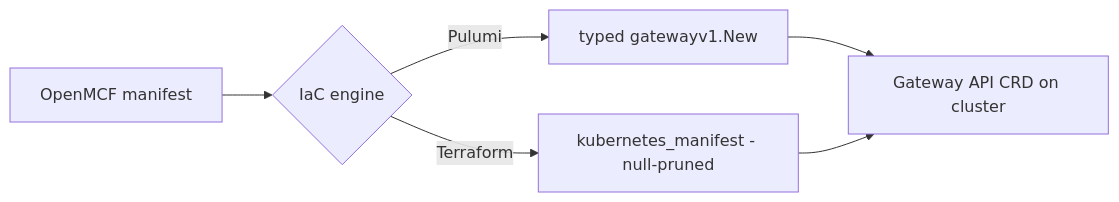
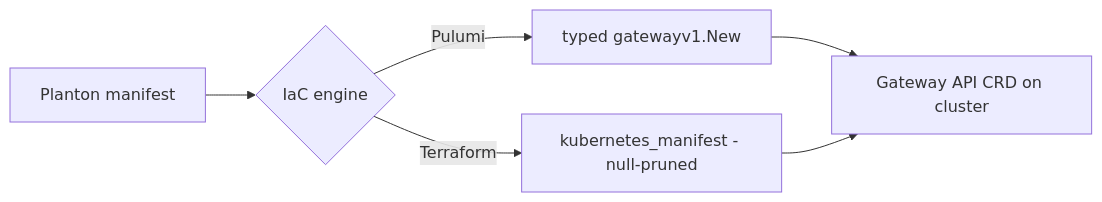
The second of 3 diagrams in _changelog/2026-05/2026-05-30-161959-gateway-api-deployment-components.md (plantonhq/planton), drawn with Mermaid before and after one commit. The commit also changed other lines of this file and 26098 other files, not shown here.

First line of the commit message:
refactor(repo): rebrand OpenMCF to Planton (module, protos, CLI, domain) (#449)

````diff
--- a/_changelog/2026-05/2026-05-30-161959-gateway-api-deployment-components.md
+++ b/_changelog/2026-05/2026-05-30-161959-gateway-api-deployment-components.md
@@ -148,8 +148,8 @@
 ```mermaid
 flowchart LR
-    M[OpenMCF manifest] --> R{IaC engine}
+    M[Planton manifest] --> R{IaC engine}
     R -->|Pulumi| P[typed gatewayv1.New<Kind>]
     R -->|Terraform| T[kubernetes_manifest - null-pruned]
     P --> K[Gateway API CRD on cluster]
     T --> K
 ```
````
